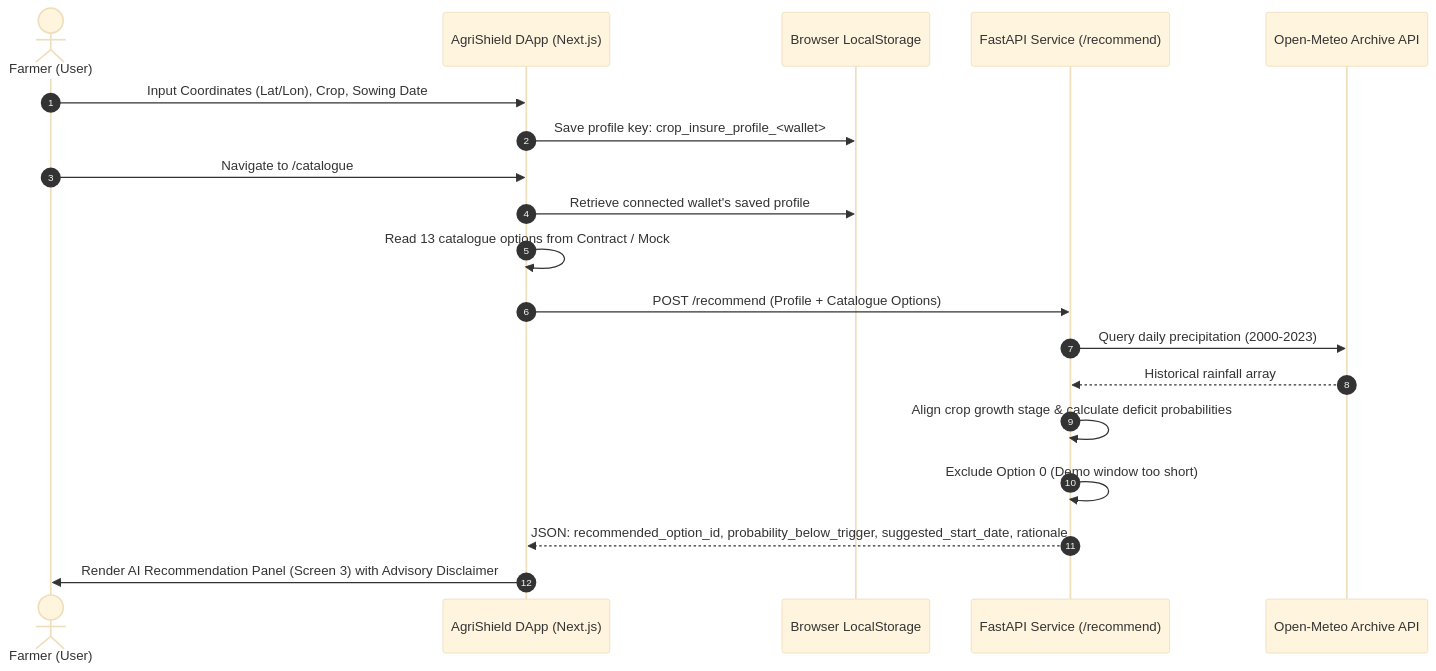
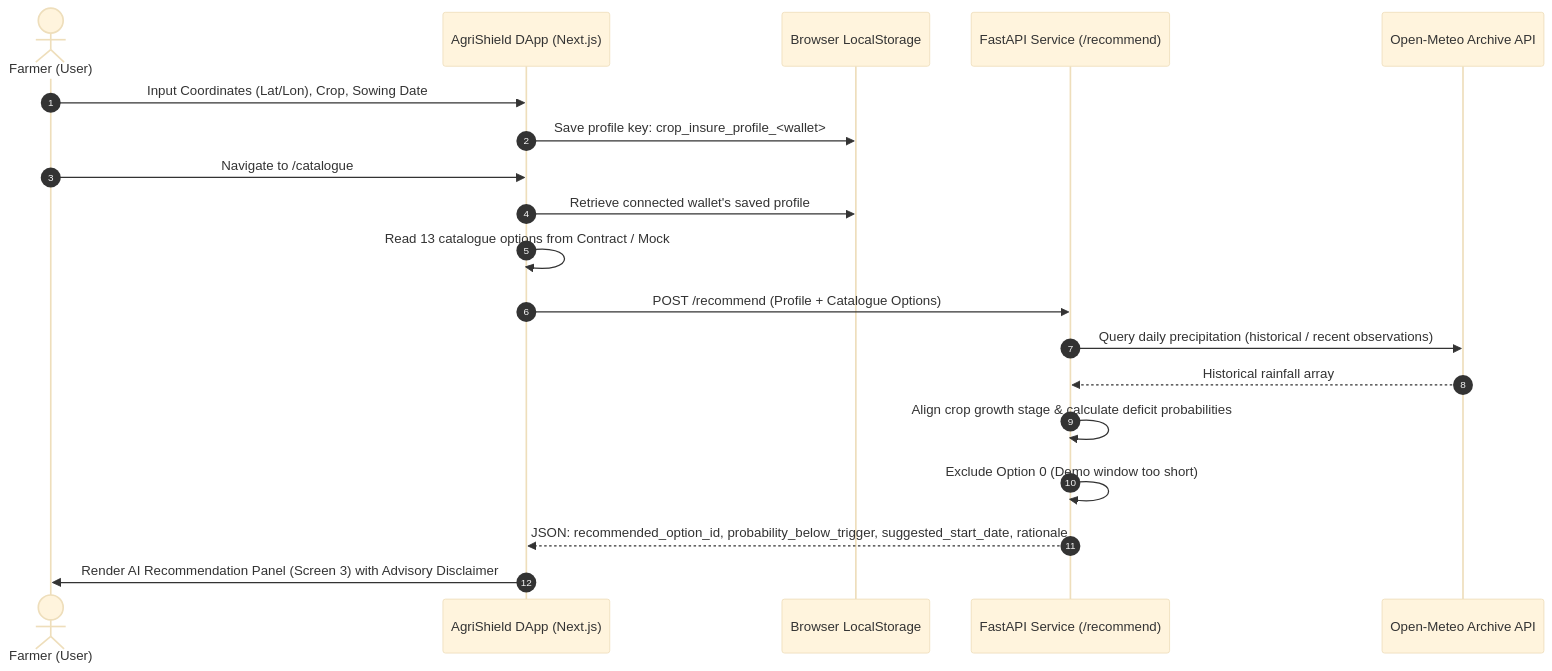
Before and after one commit to anu-082006/rainfall-crop-insurance: the first of 4 diagrams in docs/ARCHITECTURE.md, drawn with Mermaid (base theme). The commit also changed 38 other files, not shown here.

````diff
--- a/docs/ARCHITECTURE.md
+++ b/docs/ARCHITECTURE.md
@@ -33,22 +33,22 @@
 ```mermaid
 sequenceDiagram
     autonumber
     actor Farmer as Farmer (User)
     participant UI as AgriShield DApp (Next.js)
     participant Storage as Browser LocalStorage
     participant AI as FastAPI Service (/recommend)
     participant Weather as Open-Meteo Archive API
 
     Farmer->>UI: Input Coordinates (Lat/Lon), Crop, Sowing Date
     UI->>Storage: Save profile key: crop_insure_profile_<wallet>
     Farmer->>UI: Navigate to /catalogue
     UI->>Storage: Retrieve connected wallet's saved profile
     UI->>UI: Read 13 catalogue options from Contract / Mock
     UI->>AI: POST /recommend (Profile + Catalogue Options)
-    AI->>Weather: Query daily precipitation (2000-2023)
+    AI->>Weather: Query daily precipitation (historical / recent observations)
     Weather-->>AI: Historical rainfall array
     AI->>AI: Align crop growth stage & calculate deficit probabilities
     AI->>AI: Exclude Option 0 (Demo window too short)
     AI-->>UI: JSON: recommended_option_id, probability_below_trigger, suggested_start_date, rationale
     UI->>Farmer: Render AI Recommendation Panel (Screen 3) with Advisory Disclaimer
 ```
````
